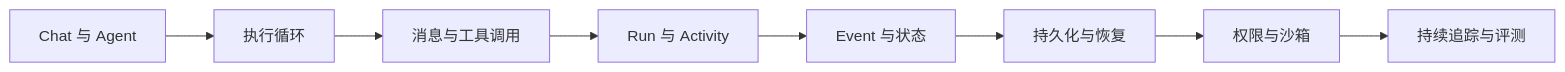
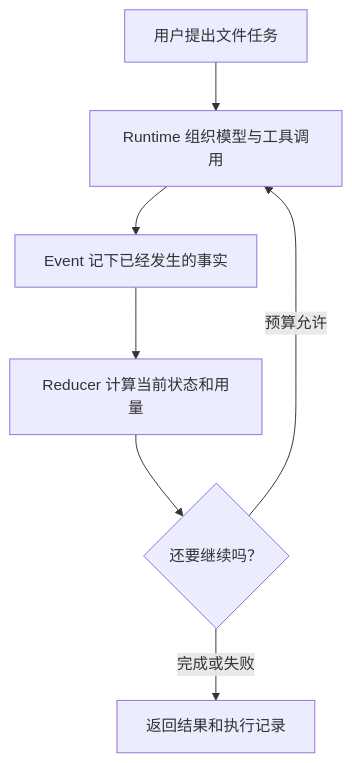
Before and after one commit to CherryYang05/BearAgent: the diagram in site/src/content/docs/zh-cn/learn/index.md, drawn with Mermaid. The commit also changed other lines of this file and 51 other files, not shown here.

````diff
--- a/site/src/content/docs/zh-cn/learn/index.md
+++ b/site/src/content/docs/zh-cn/learn/index.md
@@ -16,10 +18,9 @@
 ```mermaid
-flowchart LR
-    A[Chat 与 Agent] --> B[执行循环]
-    B --> C[消息与工具调用]
-    C --> D[Run 与 Activity]
-    D --> E[Event 与状态]
-    E --> F[持久化与恢复]
-    F --> G[权限与沙箱]
-    G --> H[持续追踪与评测]
+flowchart TB
+    A["用户提出文件任务"] --> B["Runtime 组织模型与工具调用"]
+    B --> C["Event 记下已经发生的事实"]
+    C --> D["Reducer 计算当前状态和用量"]
+    D --> E{"还要继续吗？"}
+    E -->|"预算允许"| B
+    E -->|"完成或失败"| F["返回结果和执行记录"]
 ```
````
